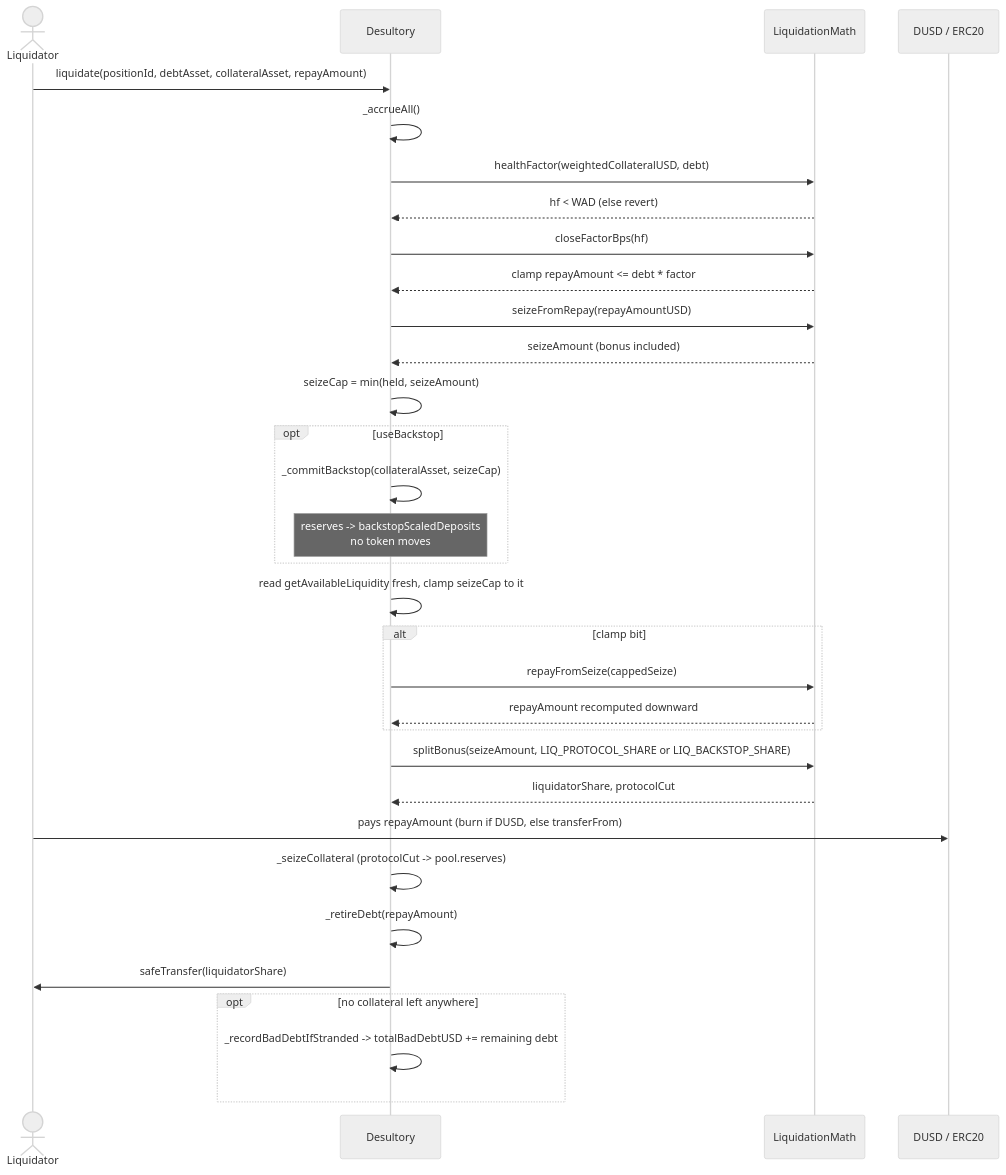
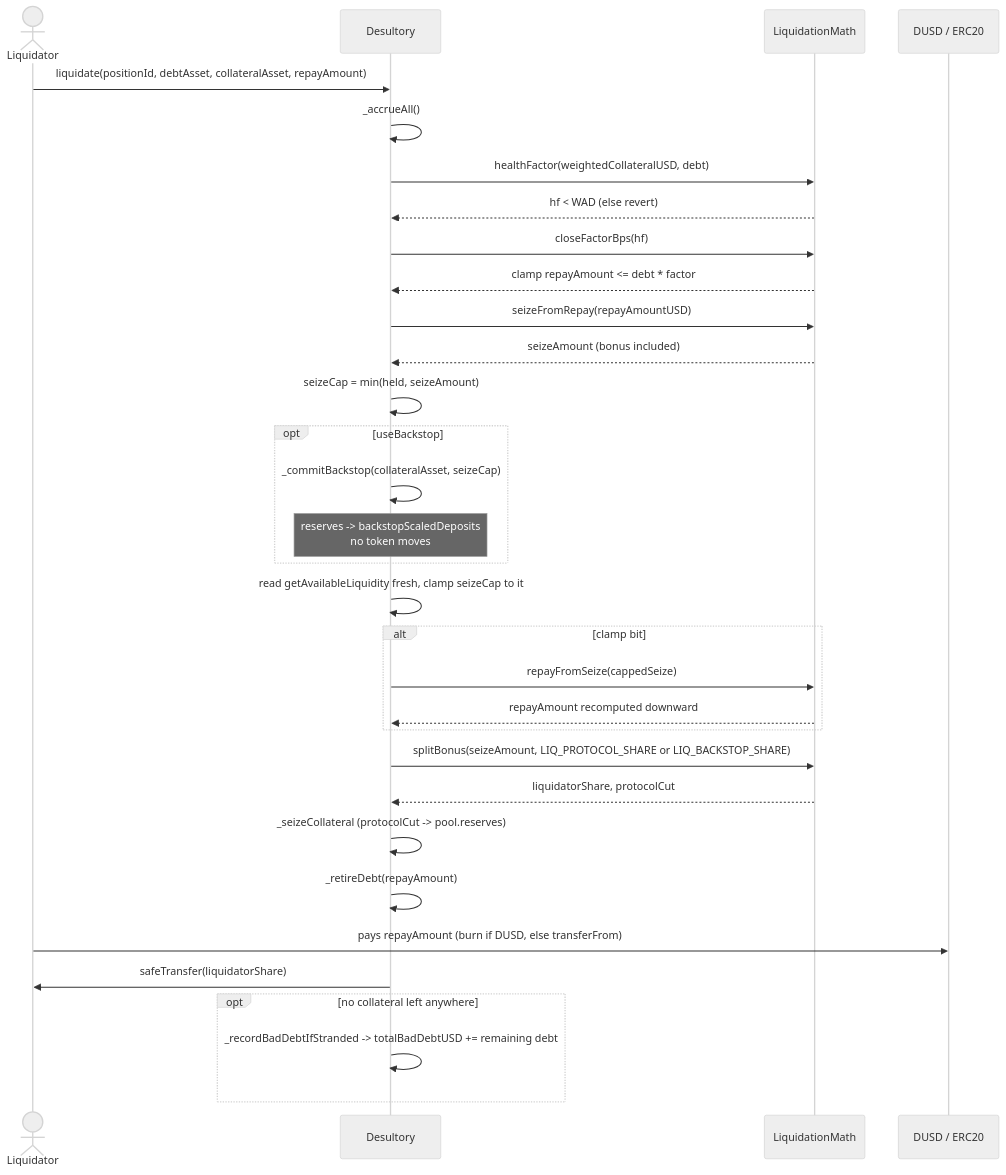
The diagram in docs/Protocol/Liquidations.md (Soulrealz/Desultory_Lending), drawn with Mermaid (neutral theme) before and after one commit. The commit also changed other lines of this file and 6 other files, not shown here.

````diff
--- a/docs/Protocol/Liquidations.md
+++ b/docs/Protocol/Liquidations.md
@@ -70,34 +75,34 @@
 ```mermaid
 sequenceDiagram
     actor L as Liquidator
     participant D as Desultory
     participant M as LiquidationMath
     participant DUSD as DUSD / ERC20
     L->>D: liquidate(positionId, debtAsset, collateralAsset, repayAmount)
     D->>D: _accrueAll()
     D->>M: healthFactor(weightedCollateralUSD, debt)
     M-->>D: hf < WAD (else revert)
     D->>M: closeFactorBps(hf)
     M-->>D: clamp repayAmount <= debt * factor
     D->>M: seizeFromRepay(repayAmountUSD)
     M-->>D: seizeAmount (bonus included)
     D->>D: seizeCap = min(held, seizeAmount)
     opt useBackstop
         D->>D: _commitBackstop(collateralAsset, seizeCap)
         Note over D: reserves -> backstopScaledDeposits<br/>no token moves
     end
     D->>D: read getAvailableLiquidity fresh, clamp seizeCap to it
     alt clamp bit
         D->>M: repayFromSeize(cappedSeize)
         M-->>D: repayAmount recomputed downward
     end
     D->>M: splitBonus(seizeAmount, LIQ_PROTOCOL_SHARE or LIQ_BACKSTOP_SHARE)
     M-->>D: liquidatorShare, protocolCut
-    L->>DUSD: pays repayAmount (burn if DUSD, else transferFrom)
     D->>D: _seizeCollateral (protocolCut -> pool.reserves)
     D->>D: _retireDebt(repayAmount)
+    L->>DUSD: pays repayAmount (burn if DUSD, else transferFrom)
     D->>L: safeTransfer(liquidatorShare)
     opt no collateral left anywhere
         D->>D: _recordBadDebtIfStranded -> totalBadDebtUSD += remaining debt
     end
 ```
````
